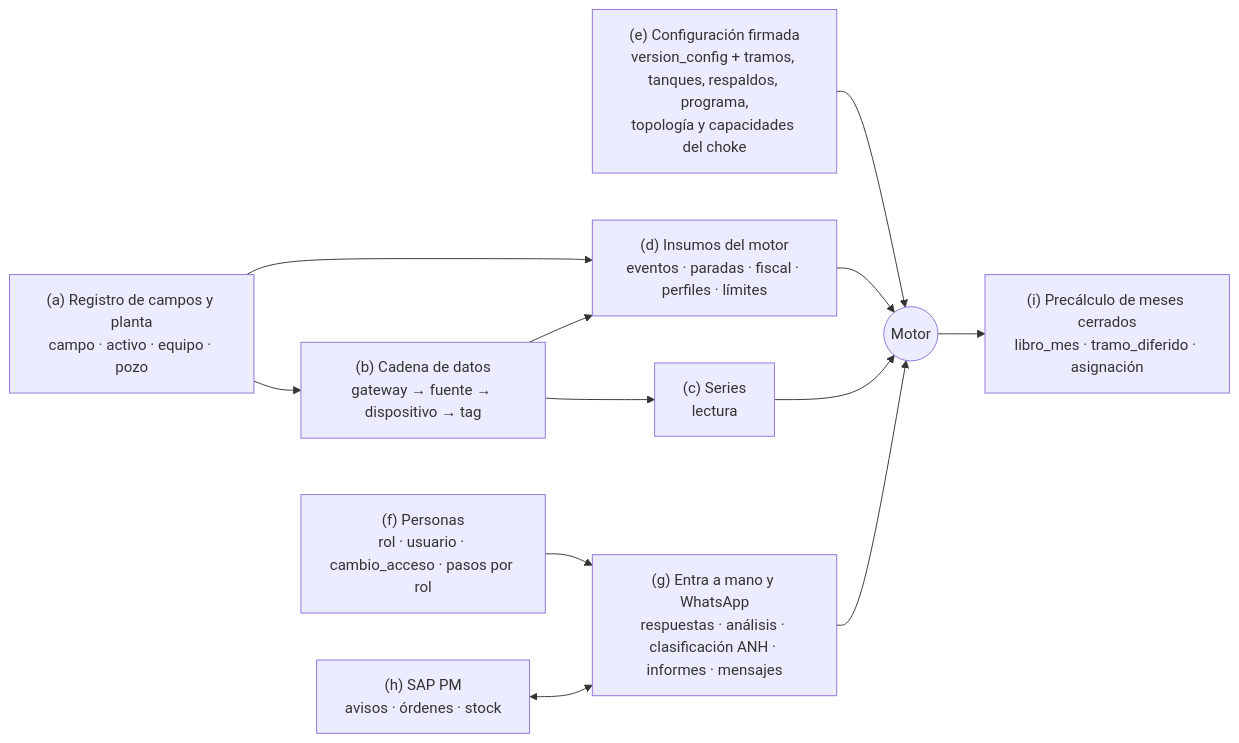
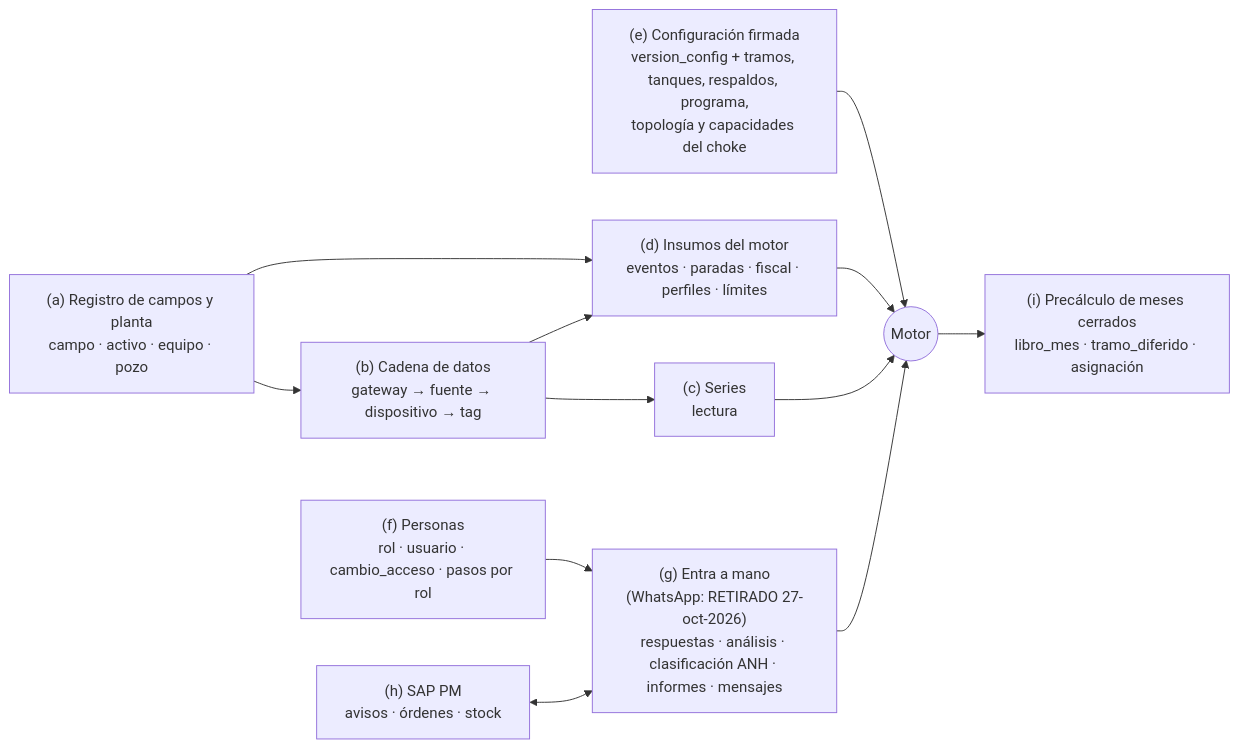
One commit to Hollman18/trim-hidrocarburos changed the first of 10 diagrams in docs/backend/03-modelo-de-datos.md. Above: the diagram before and after it, drawn with Mermaid. The commit also changed other lines of this file and 427 other files, not shown here.

````diff
--- a/docs/backend/03-modelo-de-datos.md
+++ b/docs/backend/03-modelo-de-datos.md
@@ -72,14 +79,14 @@
 ```mermaid
 flowchart LR
   A["(a) Registro de campos y planta<br/>campo · activo · equipo · pozo"] --> B["(b) Cadena de datos<br/>gateway → fuente → dispositivo → tag"]
   B --> C["(c) Series<br/>lectura"]
   A --> D["(d) Insumos del motor<br/>eventos · paradas · fiscal · perfiles · límites"]
   B --> D
   E["(e) Configuración firmada<br/>version_config + tramos, tanques, respaldos, programa,<br/>topología y capacidades del choke"] --> M(("Motor"))
   D --> M
   C --> M
-  F["(f) Personas<br/>rol · usuario · cambio_acceso · pasos por rol"] --> G["(g) Entra a mano y WhatsApp<br/>respuestas · análisis · clasificación ANH · informes · mensajes"]
+  F["(f) Personas<br/>rol · usuario · cambio_acceso · pasos por rol"] --> G["(g) Entra a mano<br/>(WhatsApp: RETIRADO 27-oct-2026)<br/>respuestas · análisis · clasificación ANH · informes · mensajes"]
   G --> M
   H["(h) SAP PM<br/>avisos · órdenes · stock"] <--> G
   M --> I["(i) Precálculo de meses cerrados<br/>libro_mes · tramo_diferido · asignación"]
 ```
````
